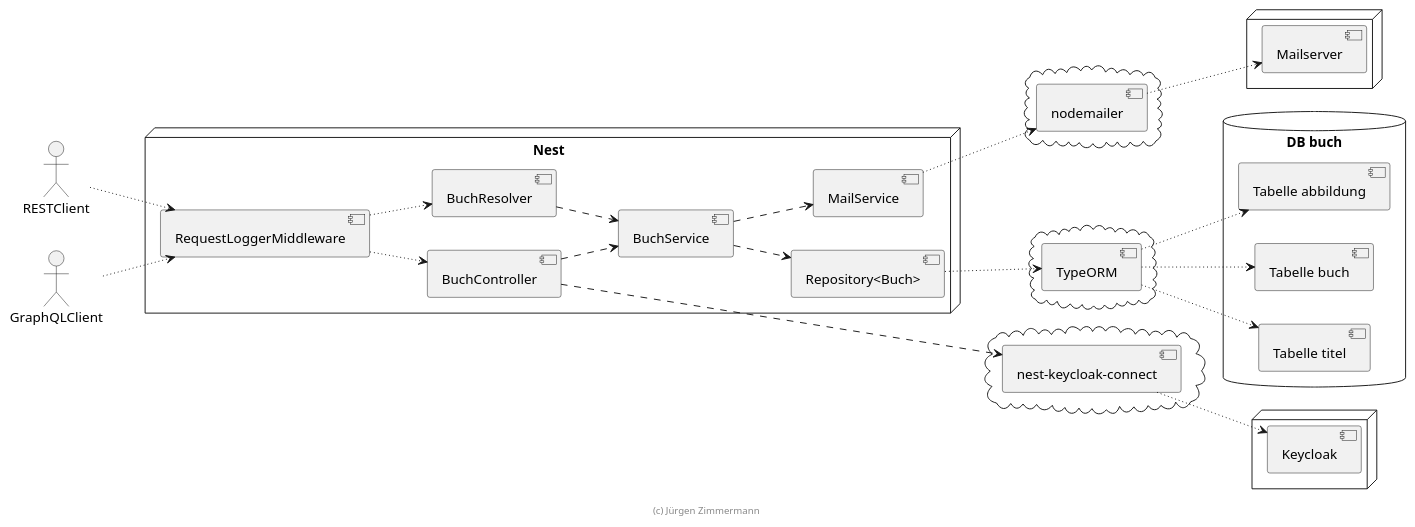
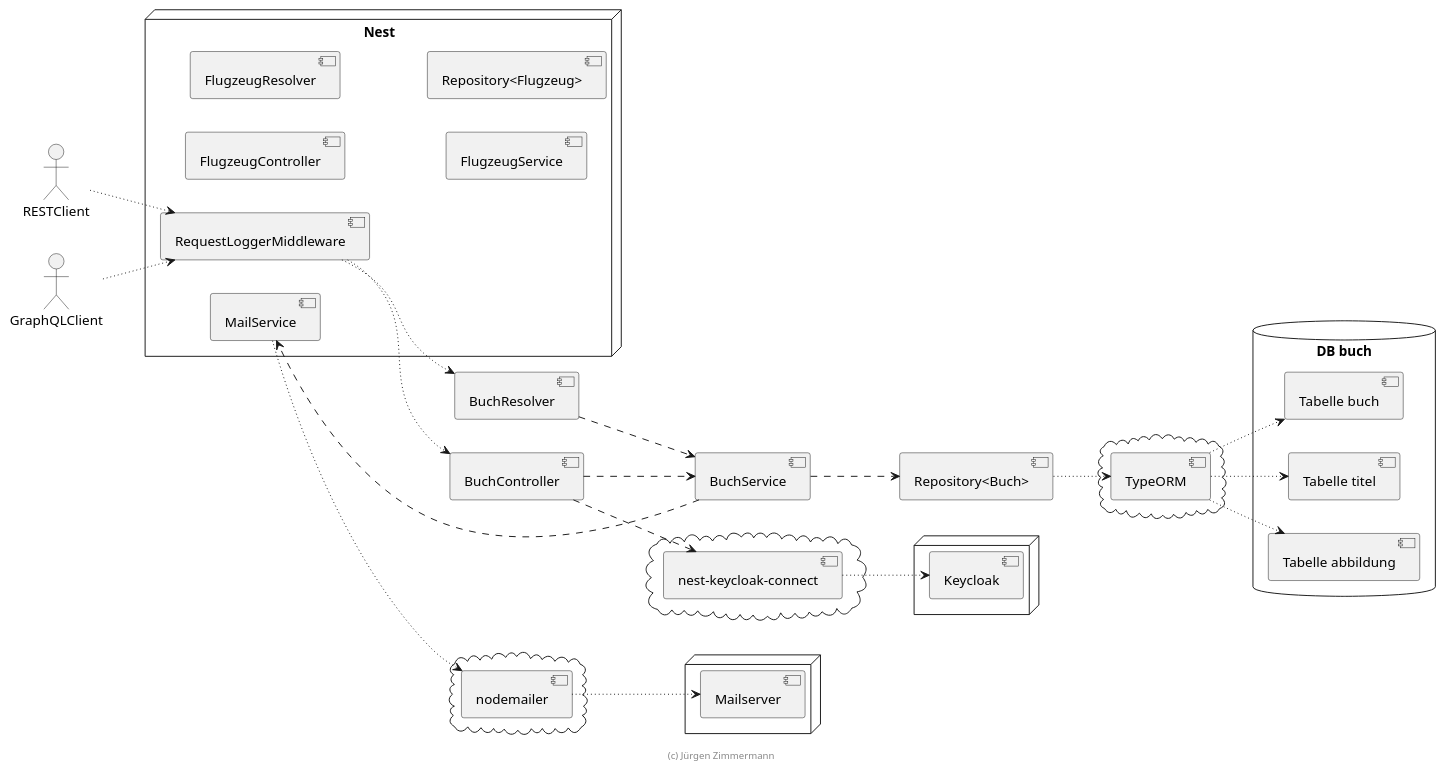
Before and after one commit to justinp3r/flugzeug-server: the diagram in .extras/doc/projekthandbuch/komponenten.plantuml, drawn with PlantUML. The commit also changed 28 other files, not shown here.

```diff
--- a/.extras/doc/projekthandbuch/komponenten.plantuml
+++ b/.extras/doc/projekthandbuch/komponenten.plantuml
@@ -18,74 +18,74 @@
 @startuml Komponenten
 
 left to right direction
 
 actor RESTClient
 actor GraphQLClient
 
 node "Nest" {
   [RequestLoggerMiddleware]
 
-  [BuchController]
-  [BuchResolver]
+  [FlugzeugController]
+  [FlugzeugResolver]
 
-  [BuchService]
+  [FlugzeugService]
 
-  [Repository<Buch>]
+  [Repository<Flugzeug>]
 
   [MailService]
 }
 
 
 cloud {
     [TypeORM]
 }
 
 cloud {
     [nest-keycloak-connect]
 }
 
 cloud {
     [nodemailer]
 }
 
 database "DB buch" {
     [Tabelle buch]
     [Tabelle titel]
     [Tabelle abbildung]
 }
 
 node {
     [Keycloak]
 }
 
 node {
     [Mailserver]
 }
 
 RESTClient ~~> [RequestLoggerMiddleware]
 GraphQLClient ~~> [RequestLoggerMiddleware]
 
 [RequestLoggerMiddleware] ~~> [BuchController]
 [RequestLoggerMiddleware] ~~> [BuchResolver]
 
 [BuchController] ..> [BuchService]
 [BuchResolver] ..> [BuchService]
 [BuchService] ..> [Repository<Buch>]
 
 [Repository<Buch>] ~~> [TypeORM]
 [TypeORM] ~~> [Tabelle buch]
 [TypeORM] ~~> [Tabelle titel]
 [TypeORM] ~~> [Tabelle abbildung]
 
 [BuchController] ..> [nest-keycloak-connect]
 [nest-keycloak-connect] ~~> [Keycloak]
 
 [BuchService] ..> [MailService]
 [MailService] ~~> [nodemailer]
 [nodemailer] ~~> [Mailserver]
 
 [MailService] ~[hidden]~> [nest-keycloak-connect]
 
 footer (c) Jürgen Zimmermann
 
 @enduml
```
